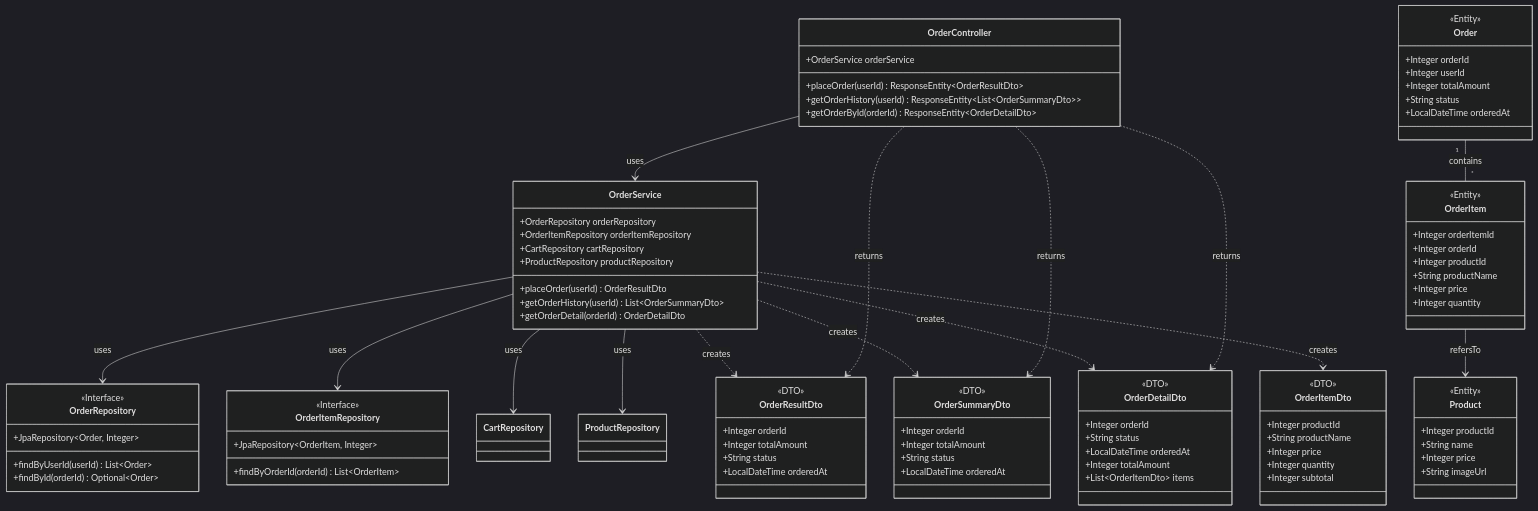
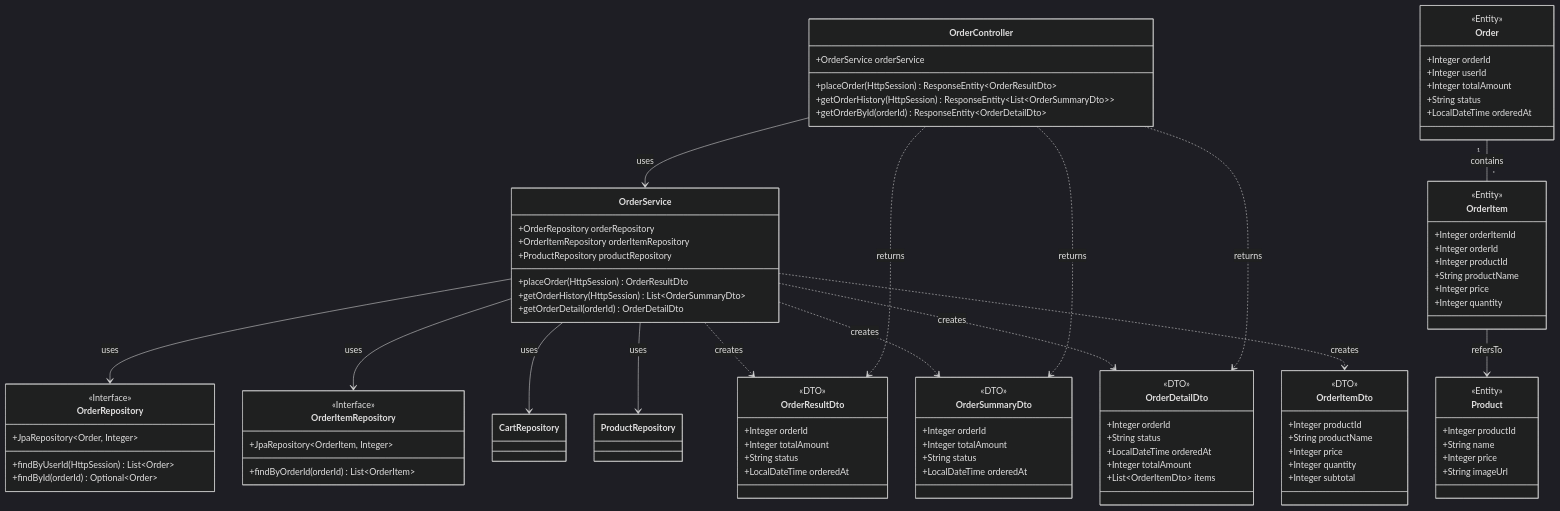
One commit to natsumiumeda/Jobs changed diagram 16 of 18 in 詳細設計/詳細設計書.md. Above: the diagram before and after it, drawn with Mermaid (dark theme). The commit also changed other lines of this file, not shown here.

Commit message:
4-2 userId削除

```diff
--- a/詳細設計/詳細設計書.md
+++ b/詳細設計/詳細設計書.md
@@ -829,25 +829,24 @@
 classDiagram
     class OrderController {
         +OrderService orderService
-        +placeOrder(userId) ResponseEntity~OrderResultDto~
-        +getOrderHistory(userId) ResponseEntity~List~OrderSummaryDto~~
+        +placeOrder(HttpSession) ResponseEntity~OrderResultDto~
+        +getOrderHistory(HttpSession) ResponseEntity~List~OrderSummaryDto~~
         +getOrderById(orderId) ResponseEntity~OrderDetailDto~
     }
 
     class OrderService {
         +OrderRepository orderRepository
         +OrderItemRepository orderItemRepository
-        +CartRepository cartRepository
         +ProductRepository productRepository
-        +placeOrder(userId) OrderResultDto
-        +getOrderHistory(userId) List~OrderSummaryDto~
+        +placeOrder(HttpSession) OrderResultDto
+        +getOrderHistory(HttpSession) List~OrderSummaryDto~
         +getOrderDetail(orderId) OrderDetailDto
     }
 
     class OrderRepository {
         <<Interface>>
         +JpaRepository~Order, Integer~
-        +findByUserId(userId) List~Order~
+        +findByUserId(HttpSession) List~Order~
         +findById(orderId) Optional~Order~
     }
 
```
